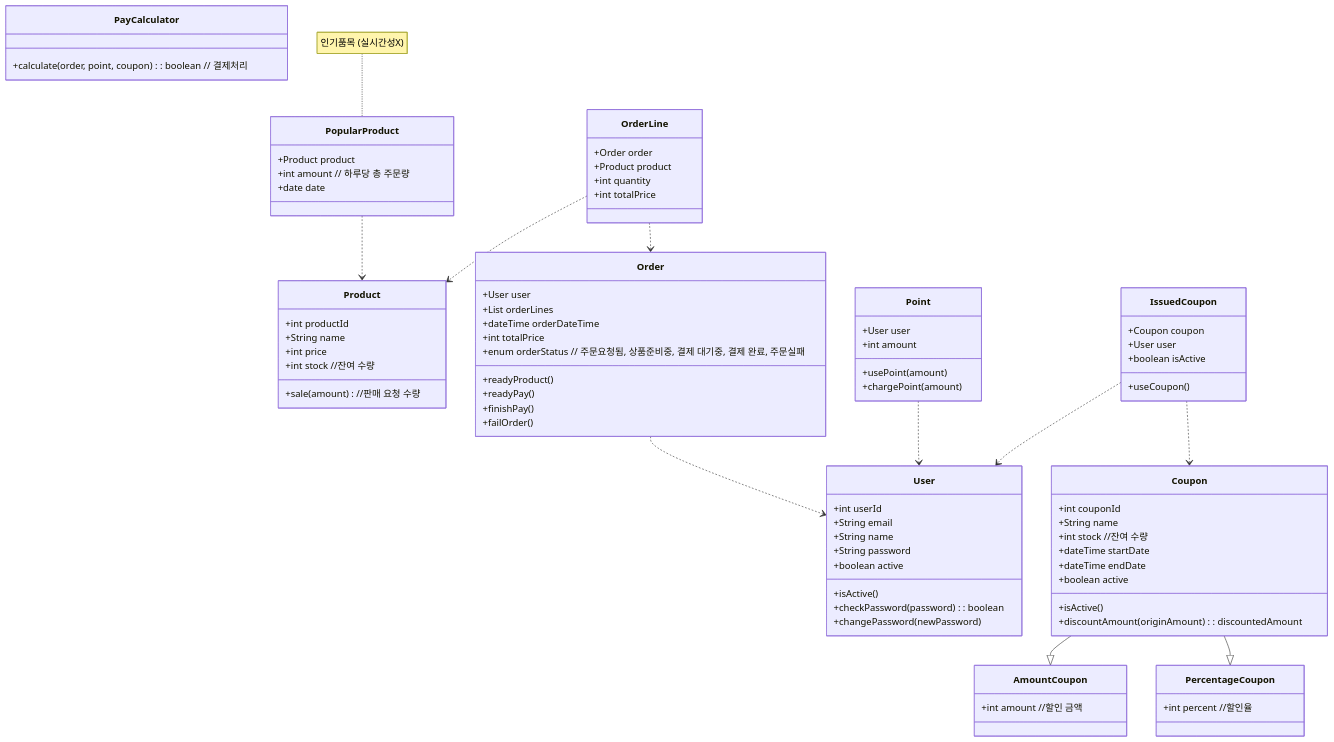
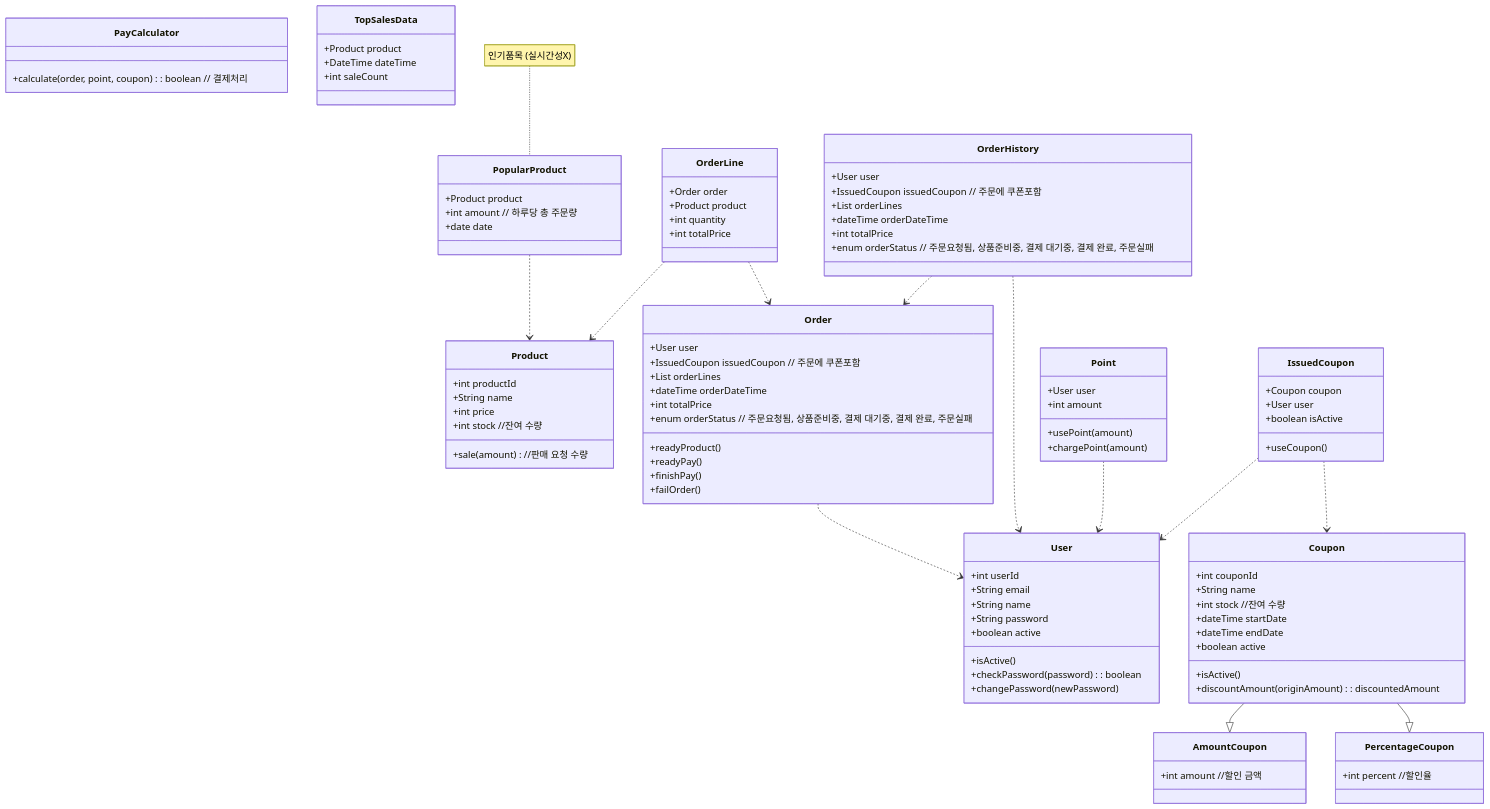
The diagram in docs/class-diagram/class-diagram.mermaid (lostcatbox/hhplus-e-commerce-server), drawn with Mermaid before and after one commit. The commit also changed 1 other file, not shown here.

Commit message:
[DOCS] PopularProduct 수정 및 ERD 도 명칭 및 기타 변경

```diff
--- a/docs/class-diagram/class-diagram.mermaid
+++ b/docs/class-diagram/class-diagram.mermaid
@@ -1,100 +1,109 @@
 classDiagram
-
-    class Product{
+    class Product {
         +int productId
         +String name
         +int price
         +int stock //잔여 수량
         +sale(amount) //판매 요청 수량
     }
 
-
     note for PopularProduct "인기품목 (실시간성X)"
-    class PopularProduct{
+    class PopularProduct {
         +Product product
         +int amount // 하루당 총 주문량
         +date date
     }
-    PopularProduct..>Product
+    PopularProduct ..> Product
 
-
-    class User{
+    class User {
         +int userId
         +String email
         +String name
         +String password
         +boolean active
         +isActive()
-        +checkPassword(password) : boolean
+        +checkPassword(password): boolean
         +changePassword(newPassword)
     }
 
-
-    class Order{
+    class Order {
         +User user
-        +List orderLines
+        +IssuedCoupon issuedCoupon // 주문에 쿠폰포함
+        +List<OrderLine> orderLines
         +dateTime orderDateTime
         +int totalPrice
         +enum orderStatus // 주문요청됨, 상품준비중, 결제 대기중, 결제 완료, 주문실패
         +readyProduct()
         +readyPay()
         +finishPay()
         +failOrder()
     }
-    Order..>User
+    Order ..> User
 
-
-    class OrderLine{
+    class OrderLine {
         +Order order
         +Product product
         +int quantity
         +int totalPrice
     }
     OrderLine ..> Product
     OrderLine ..> Order
 
+    class OrderHistory {
+        +User user
+        +IssuedCoupon issuedCoupon // 주문에 쿠폰포함
+        +List<OrderLine> orderLines
+        +dateTime orderDateTime
+        +int totalPrice
+        +enum orderStatus // 주문요청됨, 상품준비중, 결제 대기중, 결제 완료, 주문실패
+    }
+    OrderHistory ..> User
+    OrderHistory ..> Order
 
-    class Point{
+    class Point {
         +User user
         +int amount
         +usePoint(amount)
         +chargePoint(amount)
     }
-    Point..>User
+    Point ..> User
 
-
-
-    class Coupon{
+    class Coupon {
         +int couponId
         +String name
         +int stock //잔여 수량
         +dateTime startDate
         +dateTime endDate
         +boolean active
         +isActive()
-        +discountAmount(originAmount) : discountedAmount
+        +discountAmount(originAmount): discountedAmount
     }
 
-    class AmountCoupon{
+    class AmountCoupon {
         +int amount //할인 금액
     }
-    Coupon--|>AmountCoupon
+    Coupon --|> AmountCoupon
 
-    class PercentageCoupon{
+    class PercentageCoupon {
         +int percent //할인율
     }
-    Coupon--|>PercentageCoupon
+    Coupon --|> PercentageCoupon
 
-    class IssuedCoupon{
+    class IssuedCoupon {
         +Coupon coupon
         +User user
         +boolean isActive
         +useCoupon()
     }
-    IssuedCoupon..> User
-    IssuedCoupon..> Coupon
+    IssuedCoupon ..> User
+    IssuedCoupon ..> Coupon
 
-
-    class PayCalculator{
+    class PayCalculator {
         +calculate(order, point, coupon): boolean // 결제처리
     }
+
+    class TopSalesData {
+        +Product product
+        +DateTime dateTime
+        +int saleCount
+    }
```
